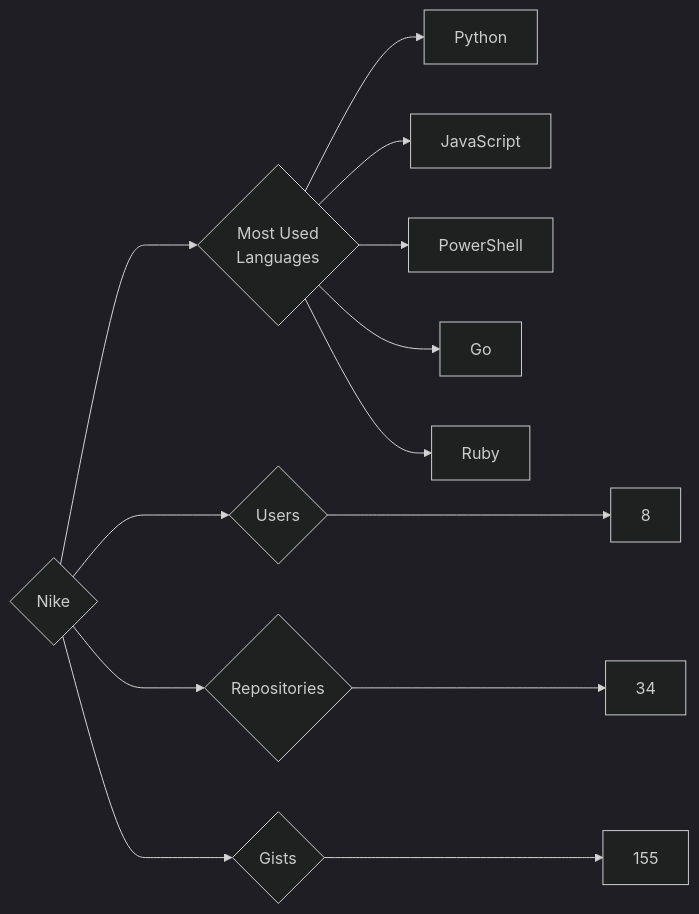
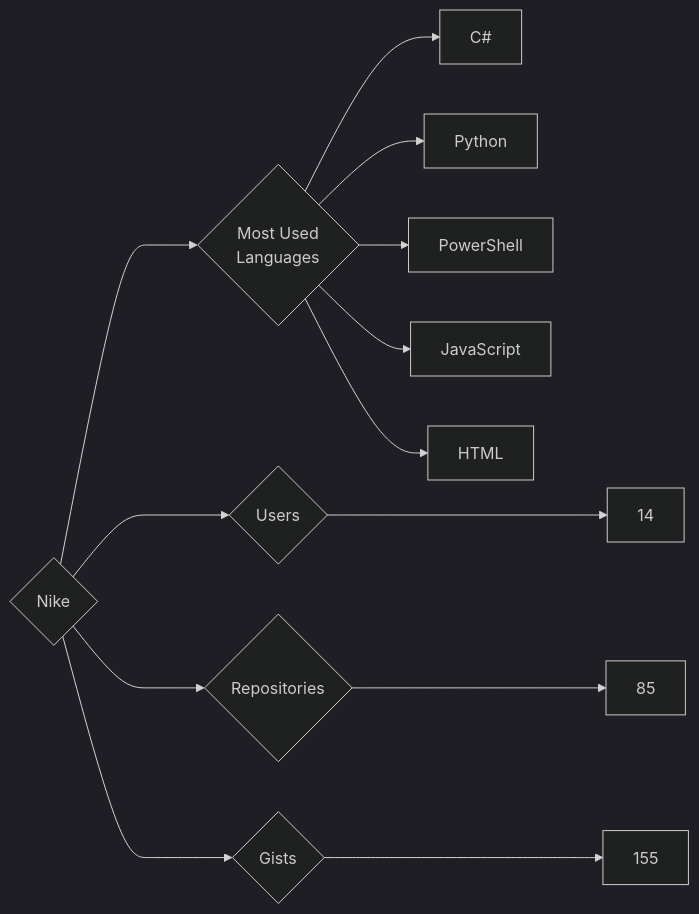
Before and after one commit to trickest/insiders: the diagram in targets/Nike/README.md, drawn with Mermaid (dark theme). The commit also changed 725 other files, not shown here.

````diff
--- a/targets/Nike/README.md
+++ b/targets/Nike/README.md
@@ -3,13 +3,13 @@
 ```mermaid
 graph LR
 COMPANY_NAME{Nike}
-COMPANY_NAME ---> U{Users} ---> UN[8]
-COMPANY_NAME ---> R{Repositories} ---> RN[34]
+COMPANY_NAME ---> U{Users} ---> UN[14]
+COMPANY_NAME ---> R{Repositories} ---> RN[85]
 COMPANY_NAME ---> G{Gists} ---> GN[155]
 COMPANY_NAME ---> ML{Most Used<br>Languages}
+ML --> C#[C#]
 ML --> Python[Python]
+ML --> PowerShell[PowerShell]
 ML --> JavaScript[JavaScript]
-ML --> PowerShell[PowerShell]
-ML --> Go[Go]
-ML --> Ruby[Ruby]
+ML --> HTML[HTML]
 ```
````
